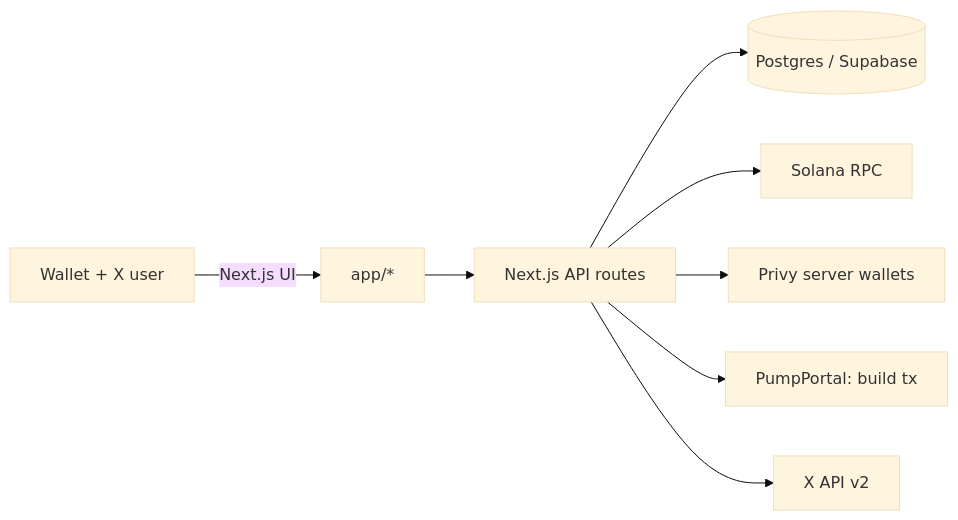
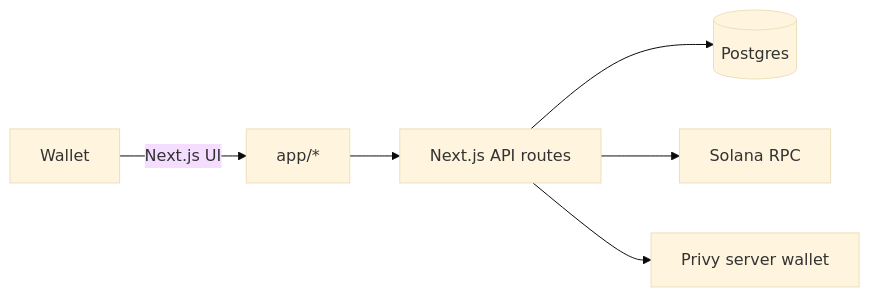
The diagram in README.md (JermWang/hodler), drawn with Mermaid (base theme) before and after one commit. The commit also changed other lines of this file and 262 other files, not shown here.

````diff
--- a/README.md
+++ b/README.md
@@ -66,10 +45,8 @@
 ```mermaid
 flowchart LR
-  U[Wallet + X user] -->|Next.js UI| WEB[app/*]
+  U[Wallet] -->|Next.js UI| WEB[app/*]
   WEB --> API[Next.js API routes]
-  API --> DB[(Postgres / Supabase)]
+  API --> DB[(Postgres)]
   API --> RPC[Solana RPC]
-  API --> PRIVY[Privy server wallets]
-  API --> PUMPPORTAL[PumpPortal: build tx]
-  API --> XAPI[X API v2]
+  API --> PRIVY[Privy server wallet]
 ```
````
